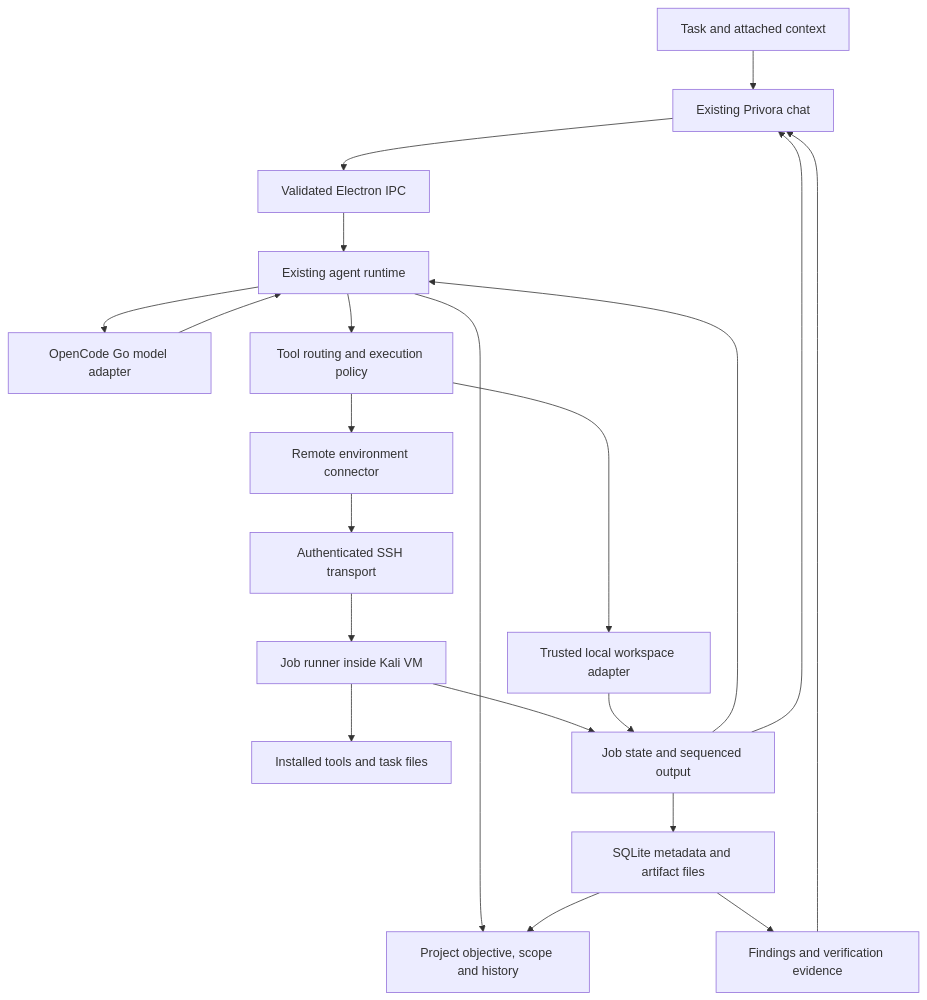
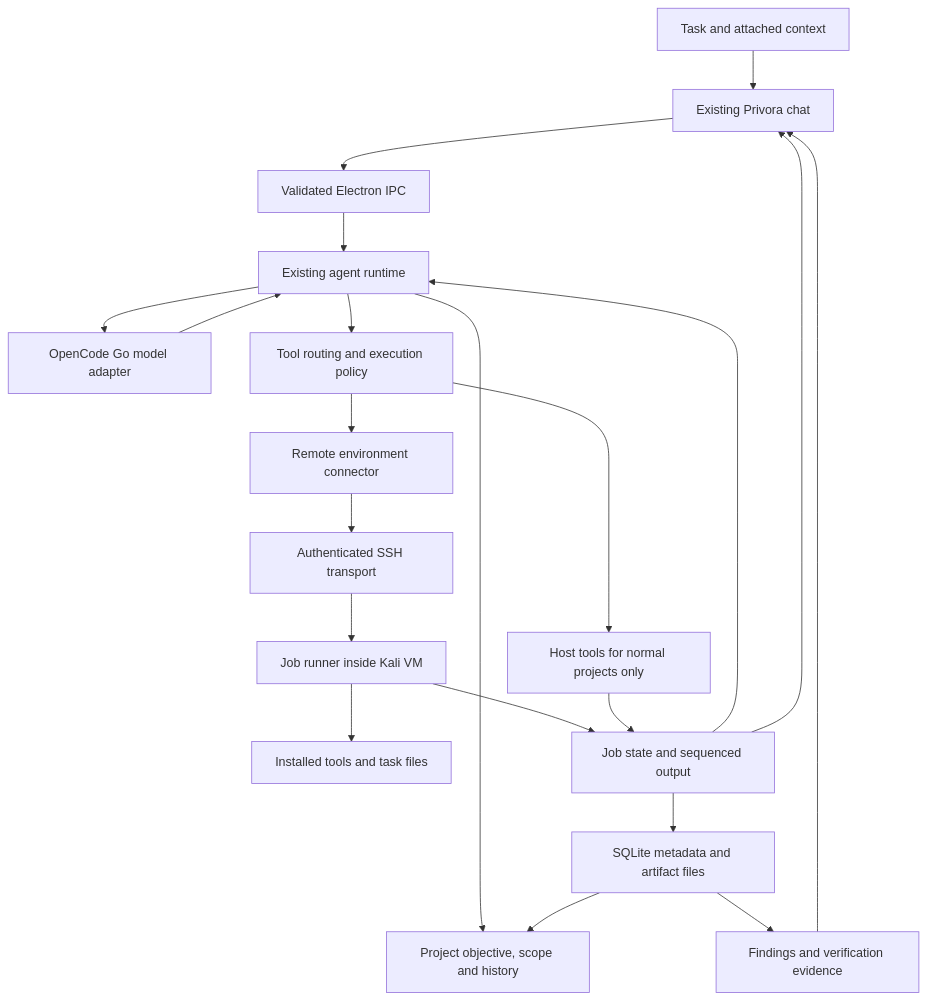
Before and after one commit to MohammedSafwan10/ai: the diagram in apps/desktop/docs/security-workspace/ARCHITECTURE.md, drawn with Mermaid. The commit also changed other lines of this file and 6 other files, not shown here.

````diff
--- a/apps/desktop/docs/security-workspace/ARCHITECTURE.md
+++ b/apps/desktop/docs/security-workspace/ARCHITECTURE.md
@@ -19,23 +21,23 @@
 ```mermaid
 flowchart TB
     User[Task and attached context] --> UI[Existing Privora chat]
     UI --> IPC[Validated Electron IPC]
     IPC --> Runtime[Existing agent runtime]
     Runtime --> Context[Project objective, scope and history]
     Runtime --> Model[OpenCode Go model adapter]
     Model --> Runtime
     Runtime --> Policy[Tool routing and execution policy]
-    Policy --> Local[Trusted local workspace adapter]
+    Policy --> Local[Host tools for normal projects only]
     Policy --> Connector[Remote environment connector]
     Connector --> SSH[Authenticated SSH transport]
     SSH --> Runner[Job runner inside Kali VM]
     Runner --> Tools[Installed tools and task files]
     Runner --> Events[Job state and sequenced output]
     Local --> Events
     Events --> Runtime
     Events --> UI
     Events --> Store[SQLite metadata and artifact files]
     Store --> Context
     Store --> Findings[Findings and verification evidence]
     Findings --> UI
 ```
````
